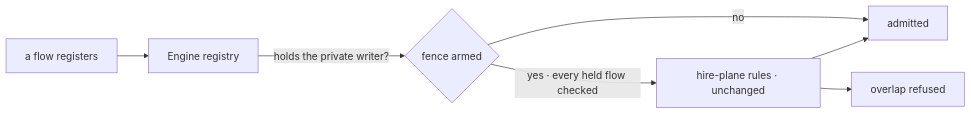
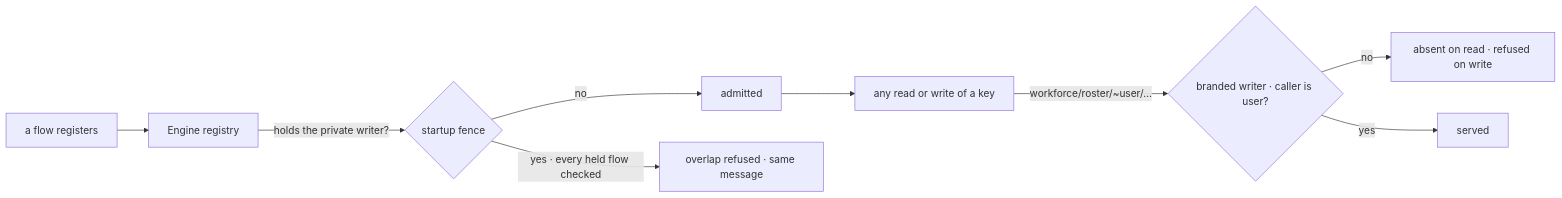
One commit to fixpoint-labs/flow-state-dev changed the diagram in specs/issues/FIX-1549/SPEC.md. Above: the diagram before and after it, drawn with Mermaid. The commit also changed other lines of this file and 9 other files, not shown here.

First line of the commit message:
spec(FIX-1549): fence user-owned roster rows by their key; arming gates only the startup refusal

````diff
--- a/specs/issues/FIX-1549/SPEC.md
+++ b/specs/issues/FIX-1549/SPEC.md
@@ -38,9 +38,11 @@
 ```mermaid
 flowchart LR
   F["a flow registers"] --> R["Engine registry"]
-  R -->|"holds the private writer?"| A{"fence armed"}
+  R -->|"holds the private writer?"| A{"startup fence"}
   A -->|"no"| OK["admitted"]
-  A -->|"yes · every held flow checked"| H["hire-plane rules · unchanged"]
-  H --> X["overlap refused"]
-  H --> OK
+  A -->|"yes · every held flow checked"| X["overlap refused · same message"]
+  OK --> K["any read or write of a key"]
+  K -->|"workforce/roster/~user/…"| W{"branded writer · caller is user?"}
+  W -->|"no"| H["absent on read · refused on write"]
+  W -->|"yes"| Y["served"]
 ```
````
